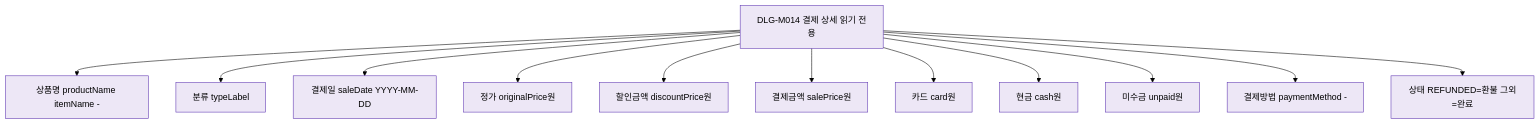
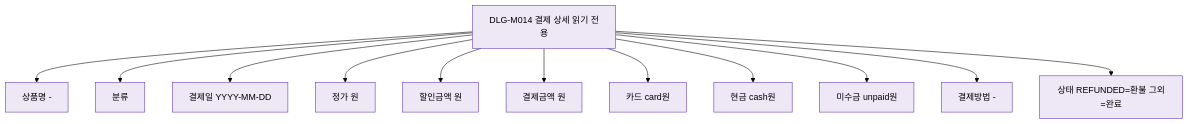
The diagram in docs/다이어그램/D02_회원관리/DLG/DLG-M014_결제상세/M2_필드검증.md (dev-spogym/admin-pando), drawn with Mermaid (forest theme) before and after one commit. The commit also changed other lines of this file and 1660 other files, not shown here.

First line of the commit message:
다이어그램: 기획자/클라이언트 납품본으로 정리

````diff
--- a/docs/다이어그램/D02_회원관리/DLG/DLG-M014_결제상세/M2_필드검증.md
+++ b/docs/다이어그램/D02_회원관리/DLG/DLG-M014_결제상세/M2_필드검증.md
@@ -22,20 +20,20 @@
 ```mermaid
 flowchart TD
   DLG[DLG-M014 결제 상세 읽기 전용]
 
-  DLG --> F1[상품명 productName itemName -]
-  DLG --> F2[분류 typeLabel]
-  DLG --> F3[결제일 saleDate YYYY-MM-DD]
-  DLG --> F4[정가 originalPrice원]
-  DLG --> F5[할인금액 discountPrice원]
-  DLG --> F6[결제금액 salePrice원]
+  DLG --> F1[상품명 -]
+  DLG --> F2[분류]
+  DLG --> F3[결제일 YYYY-MM-DD]
+  DLG --> F4[정가 원]
+  DLG --> F5[할인금액 원]
+  DLG --> F6[결제금액 원]
   DLG --> F7[카드 card원]
   DLG --> F8[현금 cash원]
   DLG --> F9[미수금 unpaid원]
-  DLG --> F10[결제방법 paymentMethod -]
+  DLG --> F10[결제방법 -]
   DLG --> F11[상태 REFUNDED=환불 그외=완료]
 
   classDef system fill:#EDE7F6,stroke:#5E35B2
 
   class DLG,F1,F2,F3,F4,F5,F6,F7,F8,F9,F10,F11 system
 ```
````
